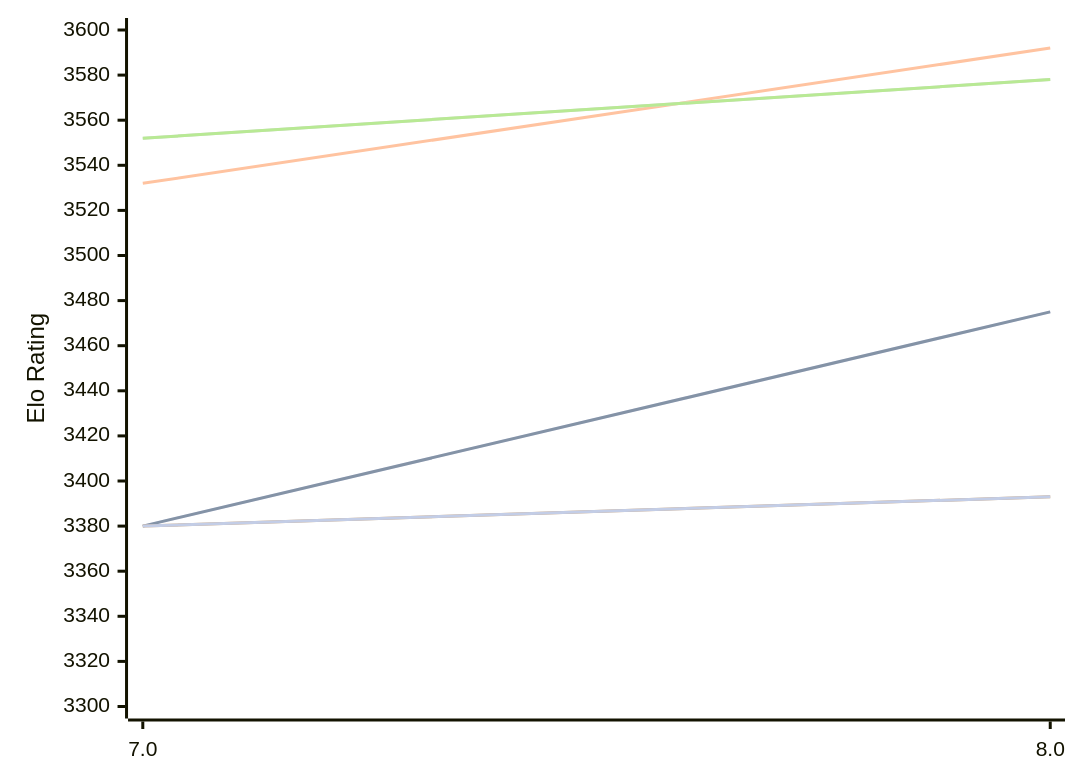
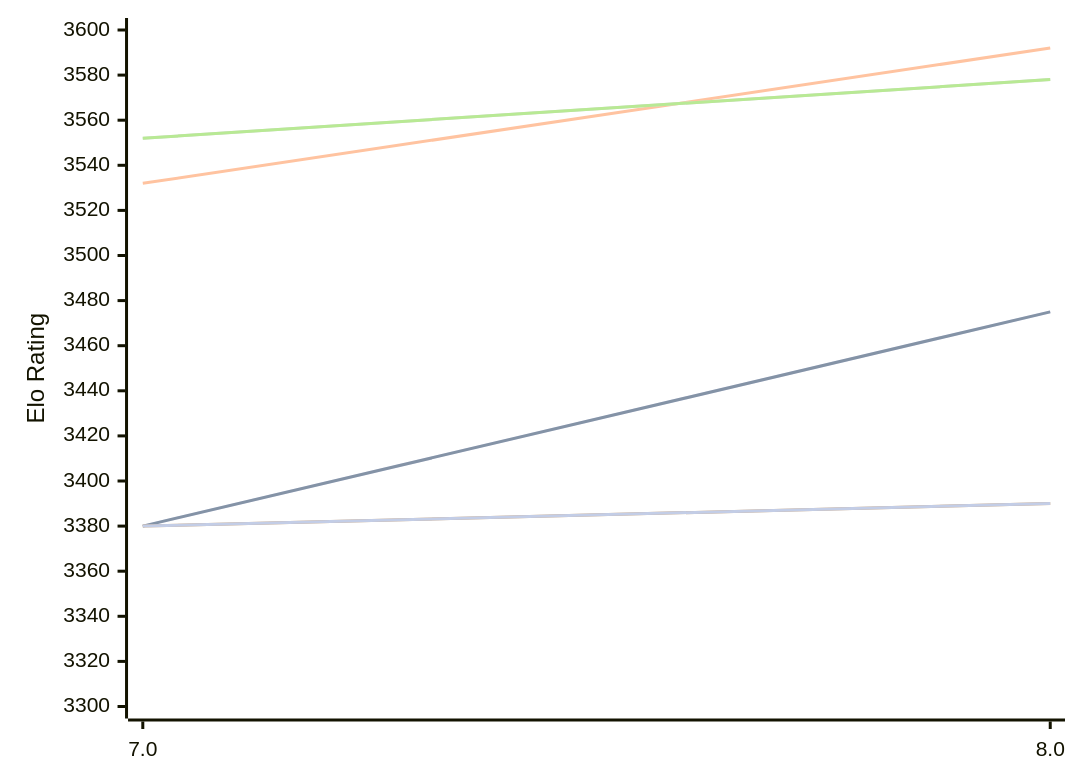
The diagram in engines/Integral.md (computer-chess-index/cci), drawn with Mermaid before and after one commit. The commit also changed other lines of this file, not shown here.

````diff
--- a/engines/Integral.md
+++ b/engines/Integral.md
@@ -48,13 +48,13 @@
 ```mermaid
 %%{init: {"theme":"base","themeVariables":{"seriesColors:['#a3a3a3','#222221','#faa371']}}}%%
 xychart-beta
   x-axis ["7.0", "8.0"]
   y-axis "Elo Rating" 3300 --> 3600
   line "" [3380, 3475]
   line "T1: STC (8.0+0.08s)" [3380, 3475]
   line "T1: LTC (60.0+0.60s)" [3532, 3592]
   line "" [3552, 3578]
   line "T1: VLTC (2m24s+1.12s)" [3552, 3578]
-  line "" [3380,3393]
-  line "E1: STC (8.0+0.08s)" [3380,3393]
+  line "" [3380,3390]
+  line "E1: STC (8.0+0.08s)" [3380,3390]
 ```
````
